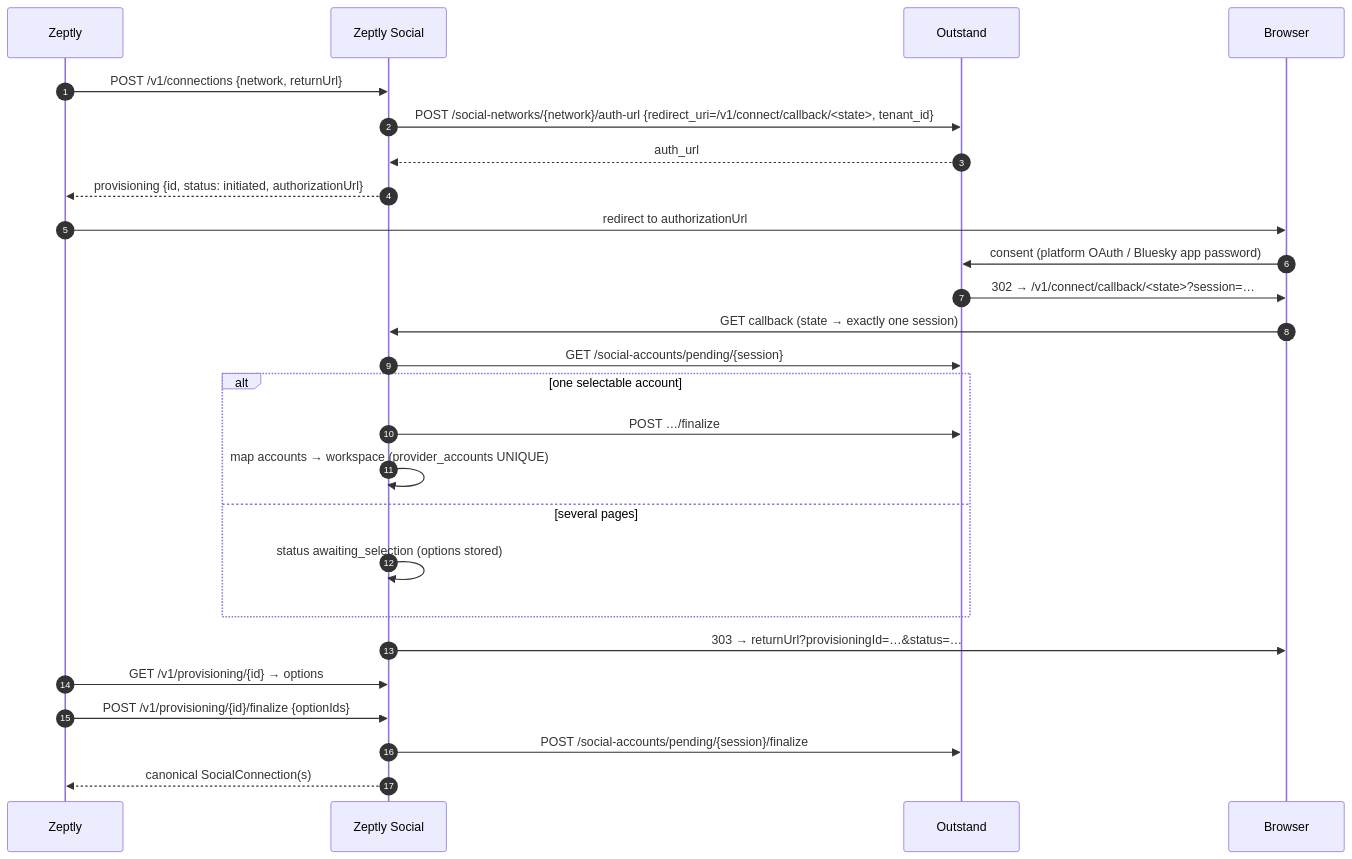
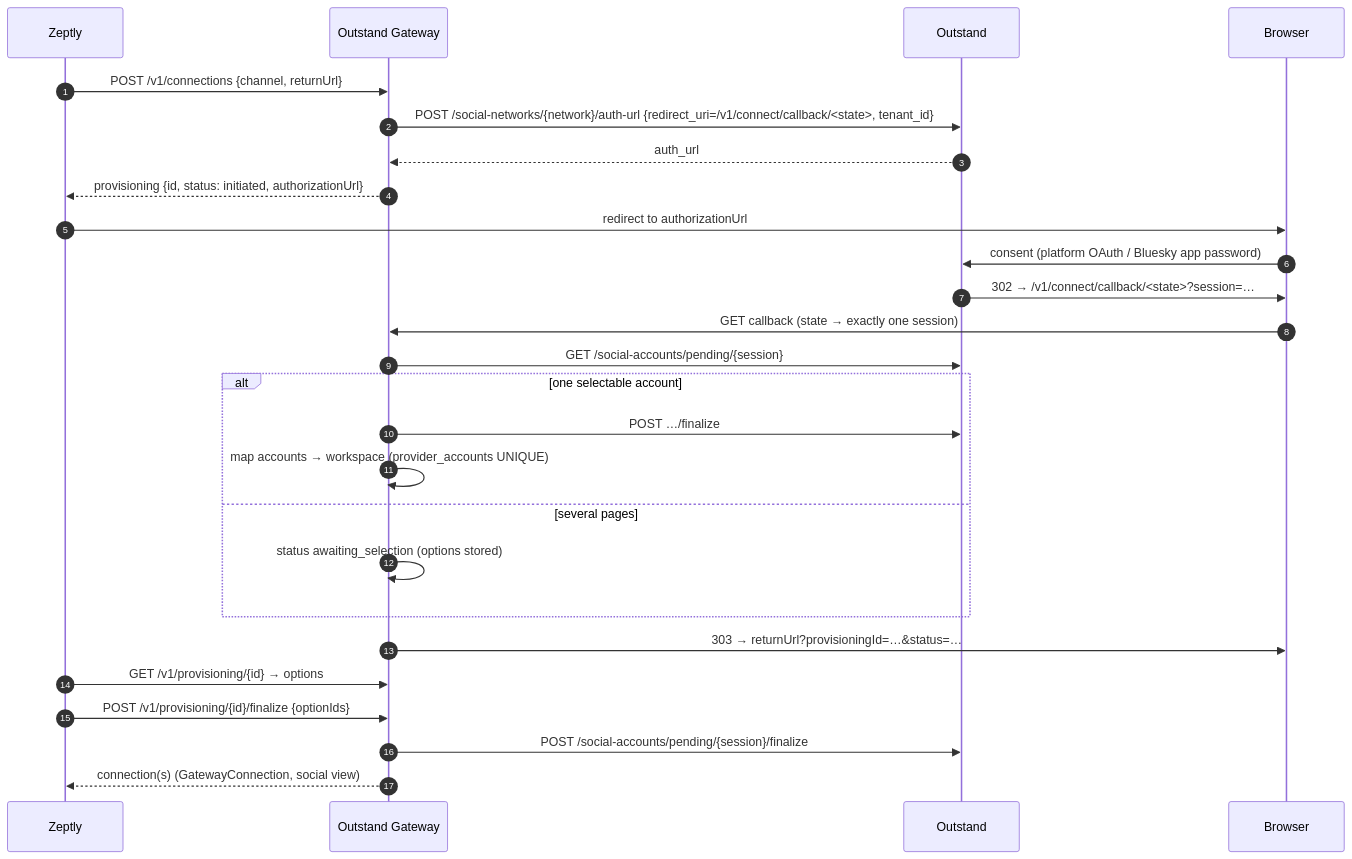
The third of 7 diagrams in docs/ARCHITECTURE.md (Zeptly/Social-Channels-Adaptor), drawn with Mermaid before and after one commit. The commit also changed other lines of this file and 203 other files, not shown here.

First line of the commit message:
Refactor into the Outstand Gateway (Gateway Contract v1)

````diff
--- a/docs/ARCHITECTURE.md
+++ b/docs/ARCHITECTURE.md
@@ -49,28 +123,28 @@
 ```mermaid
 sequenceDiagram
   autonumber
   participant Z as Zeptly
-  participant S as Zeptly Social
+  participant S as Outstand Gateway
   participant O as Outstand
   participant B as Browser
-  Z->>S: POST /v1/connections {network, returnUrl}
+  Z->>S: POST /v1/connections {channel, returnUrl}
   S->>O: POST /social-networks/{network}/auth-url {redirect_uri=/v1/connect/callback/<state>, tenant_id}
   O-->>S: auth_url
   S-->>Z: provisioning {id, status: initiated, authorizationUrl}
   Z->>B: redirect to authorizationUrl
   B->>O: consent (platform OAuth / Bluesky app password)
   O->>B: 302 → /v1/connect/callback/<state>?session=…
   B->>S: GET callback (state → exactly one session)
   S->>O: GET /social-accounts/pending/{session}
   alt one selectable account
     S->>O: POST …/finalize
     S->>S: map accounts → workspace (provider_accounts UNIQUE)
   else several pages
     S->>S: status awaiting_selection (options stored)
   end
   S->>B: 303 → returnUrl?provisioningId=…&status=…
   Z->>S: GET /v1/provisioning/{id} → options
   Z->>S: POST /v1/provisioning/{id}/finalize {optionIds}
   S->>O: POST /social-accounts/pending/{session}/finalize
-  S-->>Z: canonical SocialConnection(s)
+  S-->>Z: connection(s) (GatewayConnection, social view)
 ```
````
